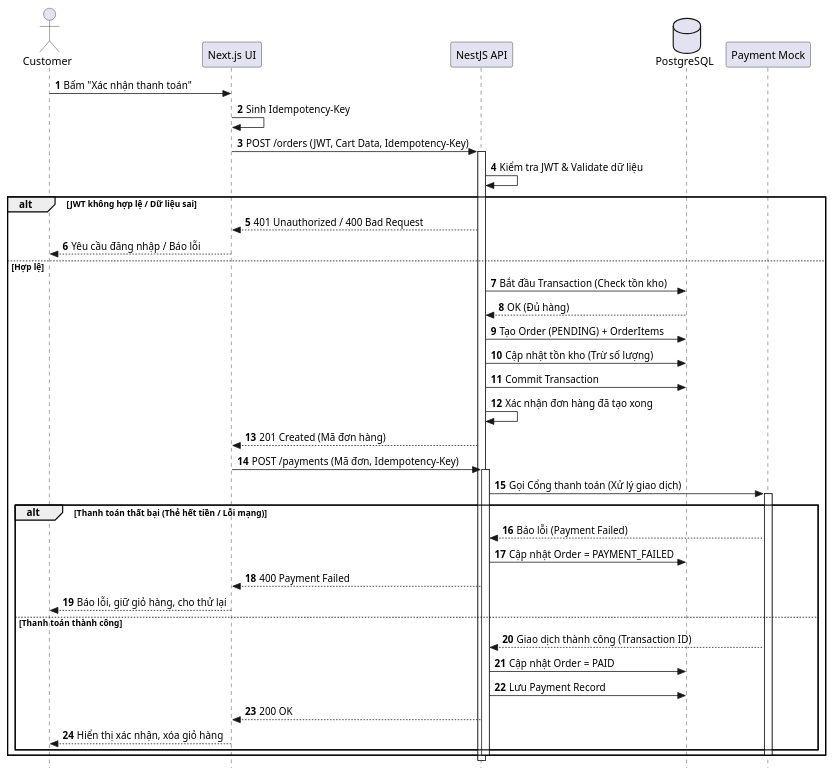
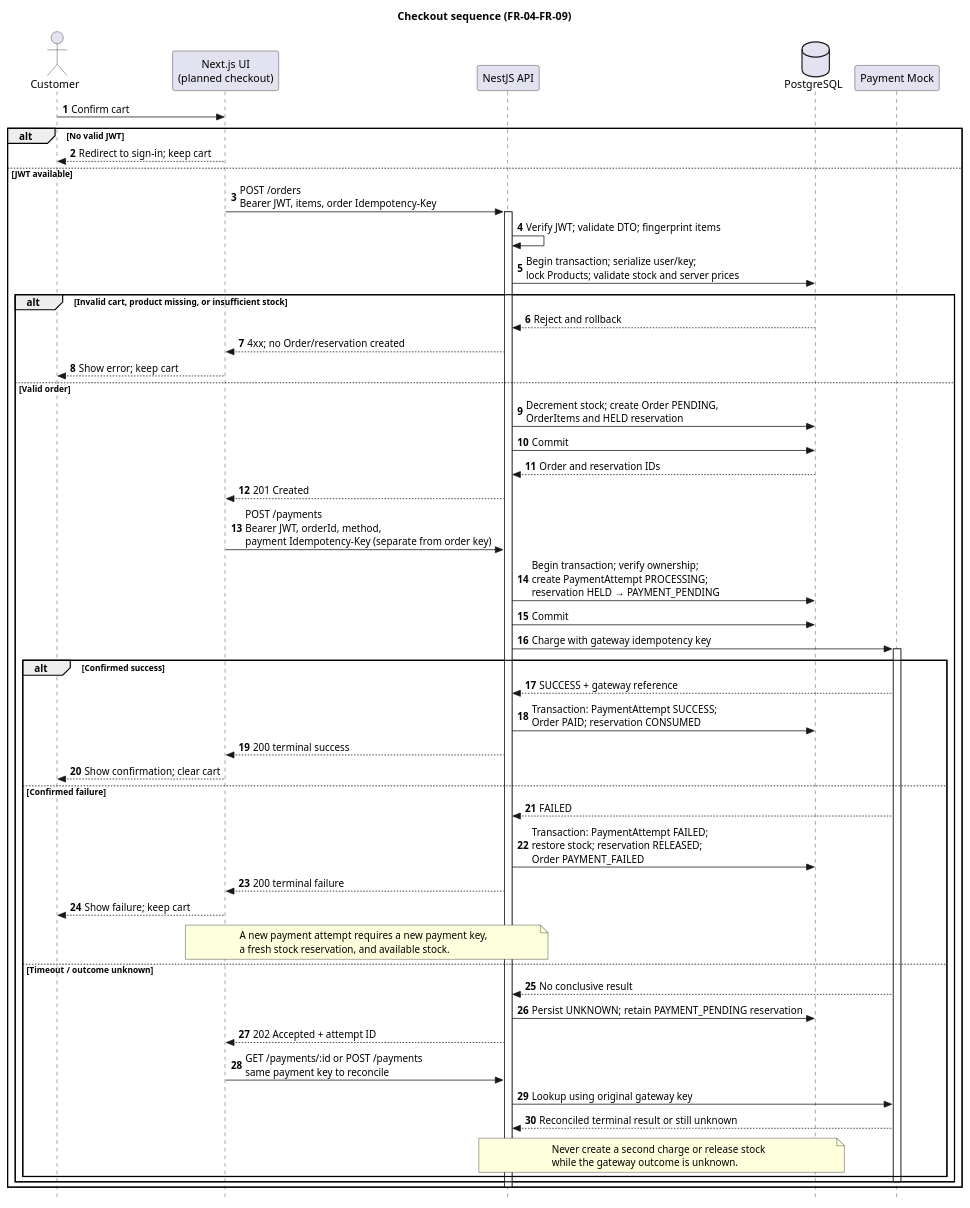
The diagram in docs/diagrams/sequence-checkout.puml (nguyentriet2k69-lang/brew-lite2), drawn with PlantUML before and after one commit. The commit also changed 50 other files, not shown here.

```diff
--- a/docs/diagrams/sequence-checkout.puml
+++ b/docs/diagrams/sequence-checkout.puml
@@ -1,56 +1,66 @@
 @startuml
 skinparam style strictuml
 autonumber
 
+title Checkout sequence (FR-04–FR-09)
+
 actor Customer
-participant "Next.js UI" as UI
+participant "Next.js UI\n(planned checkout)" as UI
 participant "NestJS API" as API
 database "PostgreSQL" as DB
 participant "Payment Mock" as Pay
 
-Customer -> UI: Bấm "Xác nhận thanh toán"
-UI -> UI: Sinh Idempotency-Key
+Customer -> UI: Confirm cart
+alt No valid JWT
+    UI --> Customer: Redirect to sign-in; keep cart
+else JWT available
+    UI -> API: POST /orders\nBearer JWT, items, order Idempotency-Key
+    activate API
+    API -> API: Verify JWT; validate DTO; fingerprint items
+    API -> DB: Begin transaction; serialize user/key;\nlock Products; validate stock and server prices
+    alt Invalid cart, product missing, or insufficient stock
+        DB --> API: Reject and rollback
+        API --> UI: 4xx; no Order/reservation created
+        UI --> Customer: Show error; keep cart
+    else Valid order
+        API -> DB: Decrement stock; create Order PENDING,\nOrderItems and HELD reservation
+        API -> DB: Commit
+        DB --> API: Order and reservation IDs
+        API --> UI: 201 Created
 
-UI -> API: POST /orders (JWT, Cart Data, Idempotency-Key)
-activate API
-
-API -> API: Kiểm tra JWT & Validate dữ liệu
-
-alt JWT không hợp lệ / Dữ liệu sai
-    API --> UI: 401 Unauthorized / 400 Bad Request
-    UI --> Customer: Yêu cầu đăng nhập / Báo lỗi
-else Hợp lệ
-    API -> DB: Bắt đầu Transaction (Check tồn kho)
-    DB --> API: OK (Đủ hàng)
-    
-    API -> DB: Tạo Order (PENDING) + OrderItems
-    API -> DB: Cập nhật tồn kho (Trừ số lượng)
-    API -> DB: Commit Transaction
-    
-    API -> API: Xác nhận đơn hàng đã tạo xong
-    API --> UI: 201 Created (Mã đơn hàng)
-    
-    UI -> API: POST /payments (Mã đơn, Idempotency-Key)
-    activate API
-    API -> Pay: Gọi Cổng thanh toán (Xử lý giao dịch)
-    activate Pay
-    
-    alt Thanh toán thất bại (Thẻ hết tiền / Lỗi mạng)
-        Pay --> API: Báo lỗi (Payment Failed)
-        API -> DB: Cập nhật Order = PAYMENT_FAILED
-        API --> UI: 400 Payment Failed
-        UI --> Customer: Báo lỗi, giữ giỏ hàng, cho thử lại
-    else Thanh toán thành công
-        Pay --> API: Giao dịch thành công (Transaction ID)
-        API -> DB: Cập nhật Order = PAID
-        API -> DB: Lưu Payment Record
-        API --> UI: 200 OK
-        UI --> Customer: Hiển thị xác nhận, xóa giỏ hàng
+        UI -> API: POST /payments\nBearer JWT, orderId, method,\npayment Idempotency-Key (separate from order key)
+        API -> DB: Begin transaction; verify ownership;\ncreate PaymentAttempt PROCESSING;\nreservation HELD → PAYMENT_PENDING
+        API -> DB: Commit
+        API -> Pay: Charge with gateway idempotency key
+        activate Pay
+        alt Confirmed success
+            Pay --> API: SUCCESS + gateway reference
+            API -> DB: Transaction: PaymentAttempt SUCCESS;\nOrder PAID; reservation CONSUMED
+            API --> UI: 200 terminal success
+            UI --> Customer: Show confirmation; clear cart
+        else Confirmed failure
+            Pay --> API: FAILED
+            API -> DB: Transaction: PaymentAttempt FAILED;\nrestore stock; reservation RELEASED;\nOrder PAYMENT_FAILED
+            API --> UI: 200 terminal failure
+            UI --> Customer: Show failure; keep cart
+            note over UI,API
+              A new payment attempt requires a new payment key,
+              a fresh stock reservation, and available stock.
+            end note
+        else Timeout / outcome unknown
+            Pay --> API: No conclusive result
+            API -> DB: Persist UNKNOWN; retain PAYMENT_PENDING reservation
+            API --> UI: 202 Accepted + attempt ID
+            UI -> API: GET /payments/:id or POST /payments\nsame payment key to reconcile
+            API -> Pay: Lookup using original gateway key
+            Pay --> API: Reconciled terminal result or still unknown
+            note over API,DB
+              Never create a second charge or release stock
+              while the gateway outcome is unknown.
+            end note
+        end
+        deactivate Pay
     end
-    
-    deactivate Pay
     deactivate API
 end
-
-deactivate API
 @enduml
```
